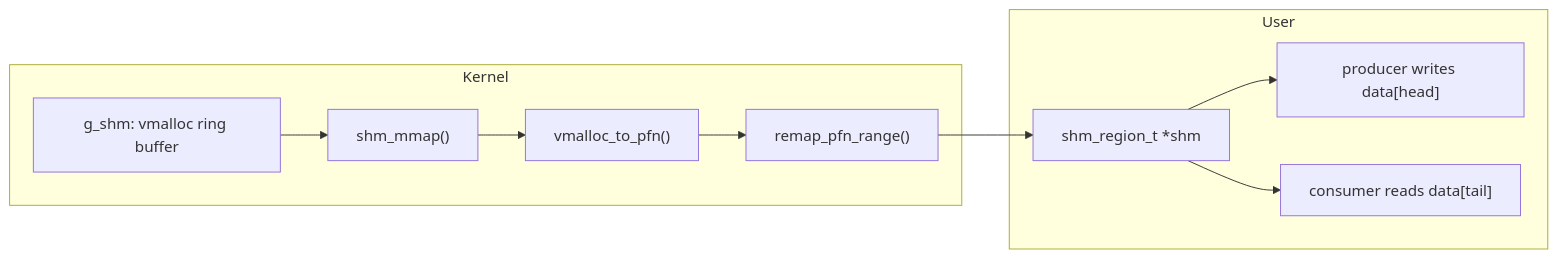
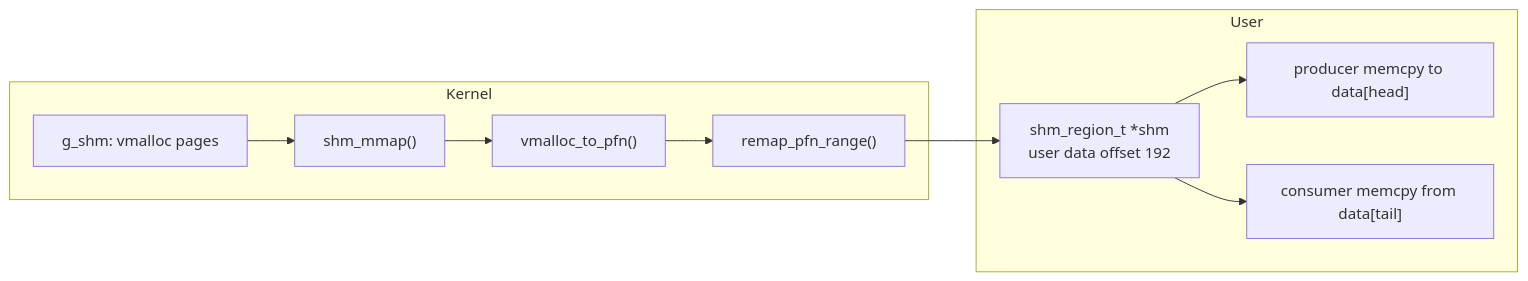
The fourth of 4 diagrams in linux-ipc-benchmark/report_ipc_api.md (JiaChangGit/Linux-kernel), drawn with Mermaid before and after one commit. The commit also changed other lines of this file and 12 other files, not shown here.

````diff
--- a/linux-ipc-benchmark/report_ipc_api.md
+++ b/linux-ipc-benchmark/report_ipc_api.md
@@ -139,19 +156,19 @@
 ```mermaid
 flowchart LR
     subgraph Kernel
-        G["g_shm: vmalloc ring buffer"]
+        G["g_shm: vmalloc pages"]
         M["shm_mmap()"]
         P1["vmalloc_to_pfn()"]
         P2["remap_pfn_range()"]
     end
 
     subgraph User
-        U["shm_region_t *shm"]
-        Prod["producer writes data[head]"]
-        Cons["consumer reads data[tail]"]
+        U["shm_region_t *shm<br/>user data offset 192"]
+        Prod["producer memcpy to data[head]"]
+        Cons["consumer memcpy from data[tail]"]
     end
 
     G --> M --> P1 --> P2 --> U
     U --> Prod
     U --> Cons
 ```
````
